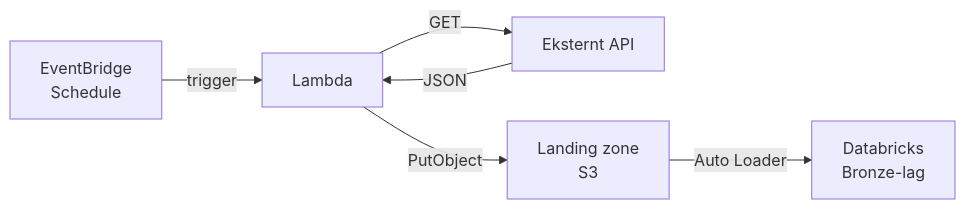
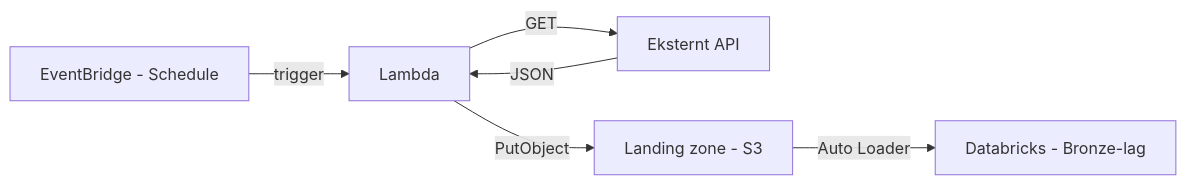
Before and after one commit to oslokommune/padda-golden-path: the diagram in docs/guides/developer/lambda-api.md, drawn with Mermaid. The commit also changed other lines of this file and 2 other files, not shown here.

Commit message:
Etter tilbakemeldinger

````diff
--- a/docs/guides/developer/lambda-api.md
+++ b/docs/guides/developer/lambda-api.md
@@ -7,8 +7,8 @@
 ```mermaid
 flowchart LR
-    EB[EventBridge\nSchedule] -->|trigger| Lambda
+    EB[EventBridge - Schedule] -->|trigger| Lambda
     Lambda -->|GET| API[Eksternt API]
     API -->|JSON| Lambda
-    Lambda -->|PutObject| S3[Landing zone\nS3]
-    S3 -->|Auto Loader| DB[Databricks\nBronze-lag]
+    Lambda -->|PutObject| S3[Landing zone - S3]
+    S3 -->|Auto Loader| DB[Databricks - Bronze-lag]
 ```
````
